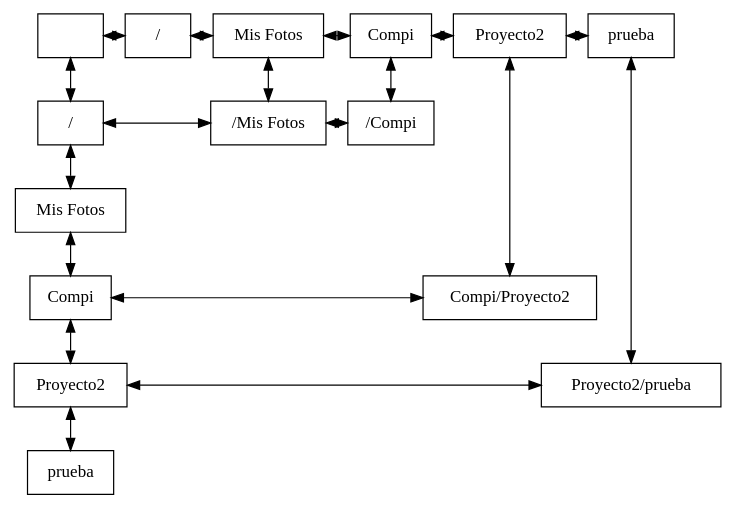
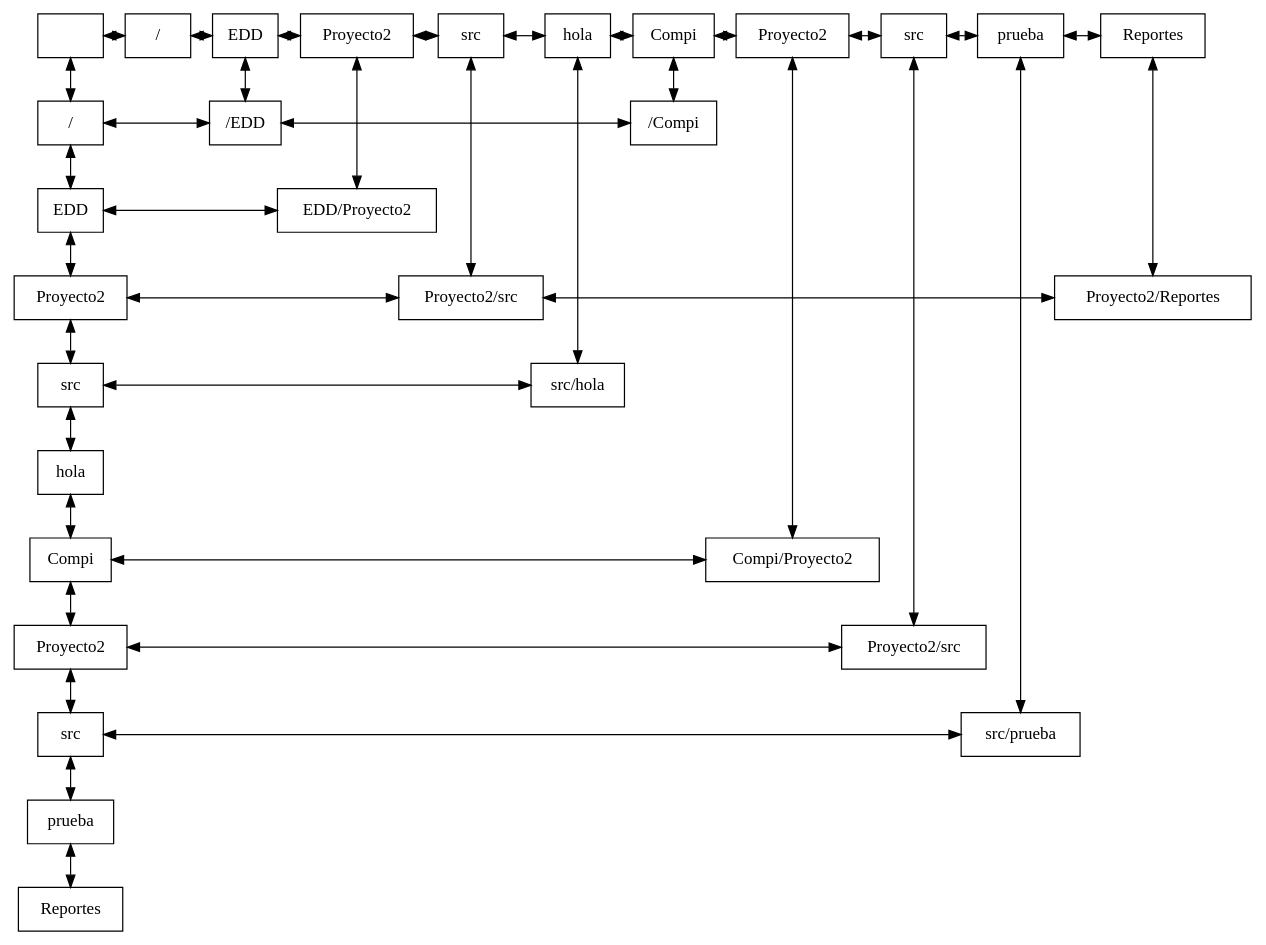
Before and after one commit to CSuy/EDD_2S2019_PY2_201700918: the diagram in Reportes/Matriz.dot, drawn with Graphviz. The commit also changed 15 other files, not shown here.

```diff
--- a/Reportes/Matriz.dot
+++ b/Reportes/Matriz.dot
@@ -1,57 +1,107 @@
 digraph guia{ 
  node[shape=box] 
  rankdir=UD; 
  {rank=min; 
 nodo00[label="" ,rankdir=LR, group=0]; 
 nodo10[label="/" ,rankdir=LR, group=1]; 
-nodo20[label="Mis Fotos" ,rankdir=LR, group=2]; 
-nodo30[label="Compi" ,rankdir=LR, group=3]; 
-nodo40[label="Proyecto2" ,rankdir=LR, group=4]; 
-nodo50[label="prueba" ,rankdir=LR, group=5]; 
+nodo20[label="EDD" ,rankdir=LR, group=2]; 
+nodo30[label="Proyecto2" ,rankdir=LR, group=3]; 
+nodo40[label="src" ,rankdir=LR, group=4]; 
+nodo50[label="hola" ,rankdir=LR, group=5]; 
+nodo60[label="Compi" ,rankdir=LR, group=6]; 
+nodo70[label="Proyecto2" ,rankdir=LR, group=7]; 
+nodo80[label="src" ,rankdir=LR, group=8]; 
+nodo90[label="prueba" ,rankdir=LR, group=9]; 
+nodo100[label="Reportes" ,rankdir=LR, group=10]; 
 } 
 {rank=same; 
 nodo00[label=" " , group=0]; 
 nodo10[label=" /" , group=1]; 
-nodo20[label=" Mis Fotos" , group=2]; 
-nodo30[label=" Compi" , group=3]; 
-nodo40[label=" Proyecto2" , group=4]; 
-nodo50[label=" prueba" , group=5]; 
+nodo20[label=" EDD" , group=2]; 
+nodo30[label=" Proyecto2" , group=3]; 
+nodo40[label=" src" , group=4]; 
+nodo50[label=" hola" , group=5]; 
+nodo60[label=" Compi" , group=6]; 
+nodo70[label=" Proyecto2" , group=7]; 
+nodo80[label=" src" , group=8]; 
+nodo90[label=" prueba" , group=9]; 
+nodo100[label=" Reportes" , group=10]; 
 } 
 {rank=same; 
 nodo01[label=" /" , group=0]; 
-nodo21[label=" /Mis Fotos" , group=2]; 
-nodo31[label=" /Compi" , group=3]; 
+nodo21[label=" /EDD" , group=2]; 
+nodo61[label=" /Compi" , group=6]; 
 } 
 {rank=same; 
-nodo02[label=" Mis Fotos" , group=0]; 
+nodo02[label=" EDD" , group=0]; 
+nodo32[label=" EDD/Proyecto2" , group=3]; 
 } 
 {rank=same; 
-nodo03[label=" Compi" , group=0]; 
-nodo43[label=" Compi/Proyecto2" , group=4]; 
+nodo03[label=" Proyecto2" , group=0]; 
+nodo43[label=" Proyecto2/src" , group=4]; 
+nodo103[label=" Proyecto2/Reportes" , group=10]; 
 } 
 {rank=same; 
-nodo04[label=" Proyecto2" , group=0]; 
-nodo54[label=" Proyecto2/prueba" , group=5]; 
+nodo04[label=" src" , group=0]; 
+nodo54[label=" src/hola" , group=5]; 
 } 
 {rank=same; 
-nodo05[label=" prueba" , group=0]; 
+nodo05[label=" hola" , group=0]; 
+} 
+{rank=same; 
+nodo06[label=" Compi" , group=0]; 
+nodo76[label=" Compi/Proyecto2" , group=7]; 
+} 
+{rank=same; 
+nodo07[label=" Proyecto2" , group=0]; 
+nodo87[label=" Proyecto2/src" , group=8]; 
+} 
+{rank=same; 
+nodo08[label=" src" , group=0]; 
+nodo98[label=" src/prueba" , group=9]; 
+} 
+{rank=same; 
+nodo09[label=" prueba" , group=0]; 
+} 
+{rank=same; 
+nodo010[label=" Reportes" , group=0]; 
 } 
 nodo00 -> nodo10[dir=both]; 
 nodo10 -> nodo20[dir=both]; 
 nodo20 -> nodo30[dir=both]; 
 nodo30 -> nodo40[dir=both]; 
 nodo40 -> nodo50[dir=both]; 
+nodo50 -> nodo60[dir=both]; 
+nodo60 -> nodo70[dir=both]; 
+nodo70 -> nodo80[dir=both]; 
+nodo80 -> nodo90[dir=both]; 
+nodo90 -> nodo100[dir=both]; 
 nodo01 -> nodo21[dir=both]; 
-nodo21 -> nodo31[dir=both]; 
+nodo21 -> nodo61[dir=both]; 
+nodo02 -> nodo32[dir=both]; 
 nodo03 -> nodo43[dir=both]; 
+nodo43 -> nodo103[dir=both]; 
 nodo04 -> nodo54[dir=both]; 
+nodo06 -> nodo76[dir=both]; 
+nodo07 -> nodo87[dir=both]; 
+nodo08 -> nodo98[dir=both]; 
 nodo00 -> nodo01[dir=both]; 
 nodo01 -> nodo02[dir=both]; 
 nodo02 -> nodo03[dir=both]; 
 nodo03 -> nodo04[dir=both]; 
 nodo04 -> nodo05[dir=both]; 
+nodo05 -> nodo06[dir=both]; 
+nodo06 -> nodo07[dir=both]; 
+nodo07 -> nodo08[dir=both]; 
+nodo08 -> nodo09[dir=both]; 
+nodo09 -> nodo010[dir=both]; 
 nodo20 -> nodo21[dir=both]; 
-nodo30 -> nodo31[dir=both]; 
+nodo30 -> nodo32[dir=both]; 
 nodo40 -> nodo43[dir=both]; 
 nodo50 -> nodo54[dir=both]; 
+nodo60 -> nodo61[dir=both]; 
+nodo70 -> nodo76[dir=both]; 
+nodo80 -> nodo87[dir=both]; 
+nodo90 -> nodo98[dir=both]; 
+nodo100 -> nodo103[dir=both]; 
 } 
```
